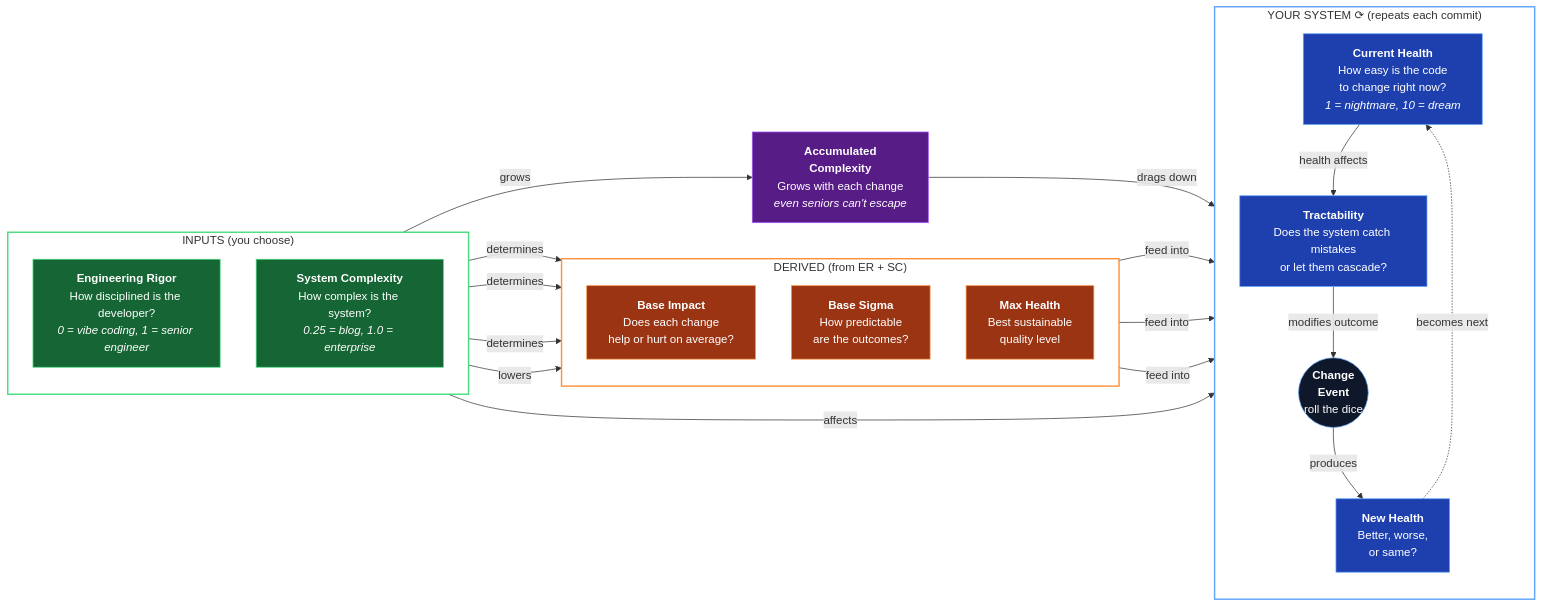
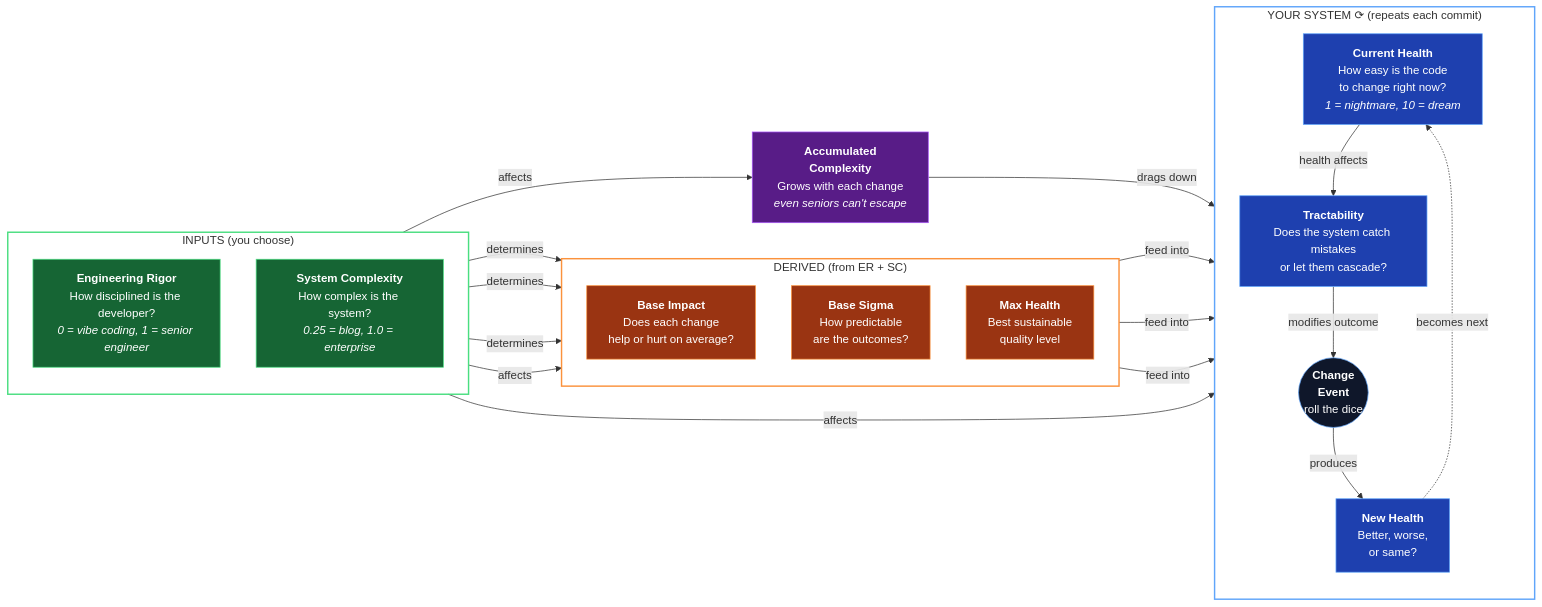
Before and after one commit to dawid-dahl-umain/product-health-dynamics: the diagram in README.md, drawn with Mermaid.

Commit message:
docs: update 'Scale Phase' terminology in README

````diff
--- a/README.md
+++ b/README.md
@@ -74,53 +74,53 @@
 ```mermaid
 flowchart LR
     subgraph inputs ["INPUTS (you choose)"]
         direction TB
         ER["<b>Engineering Rigor</b><br/>How disciplined is the developer?<br/><i>0 = vibe coding, 1 = senior engineer</i>"]
         SC["<b>System Complexity</b><br/>How complex is the system?<br/><i>0.25 = blog, 1.0 = enterprise</i>"]
     end
 
     subgraph derived ["DERIVED (from ER + SC)"]
         direction TB
         BI["<b>Base Impact</b><br/>Does each change<br/>help or hurt on average?"]
         BS["<b>Base Sigma</b><br/>How predictable<br/>are the outcomes?"]
         MH["<b>Max Health</b><br/>Best sustainable<br/>quality level"]
     end
 
     subgraph loop ["YOUR SYSTEM ⟳ (repeats each commit)"]
         direction TB
         PH["<b>Current Health</b><br/>How easy is the code<br/>to change right now?<br/><i>1 = nightmare, 10 = dream</i>"]
         SS["<b>Tractability</b><br/>Does the system catch mistakes<br/>or let them cascade?"]
         CE(("<b>Change</b><br/><b>Event</b><br/>roll the dice"))
         NPH["<b>New Health</b><br/>Better, worse,<br/>or same?"]
 
         PH -->|"health affects"| SS
         SS -->|"modifies outcome"| CE
         CE -->|"produces"| NPH
         NPH -.->|"becomes next"| PH
     end
 
     AC["<b>Accumulated</b><br/><b>Complexity</b><br/>Grows with each change<br/><i>even seniors can't escape</i>"]
 
     ER -->|"determines"| BI & BS & MH
-    SC -->|"lowers"| BI
+    SC -->|"affects"| BI
     SC -->|"affects"| SS
-    SC -->|"grows"| AC
+    SC -->|"affects"| AC
     BI & BS & MH -->|"feed into"| CE
     AC -->|"drags down"| CE
 
     style inputs fill:none,stroke:#4ade80,stroke-width:2px
     style derived fill:none,stroke:#fb923c,stroke-width:2px
     style loop fill:none,stroke:#60a5fa,stroke-width:2px
 
     classDef inputNode fill:#166534,stroke:#4ade80,color:#fff
     classDef derivedNode fill:#9a3412,stroke:#fb923c,color:#fff
     classDef loopNode fill:#1e40af,stroke:#60a5fa,color:#fff
     classDef timeNode fill:#581c87,stroke:#a855f7,color:#fff
     classDef eventNode fill:#0f172a,stroke:#60a5fa,color:#fff
 
     class ER,SC inputNode
     class BI,BS,MH derivedNode
     class PH,SS,NPH loopNode
     class CE eventNode
     class AC timeNode
 ```
````
